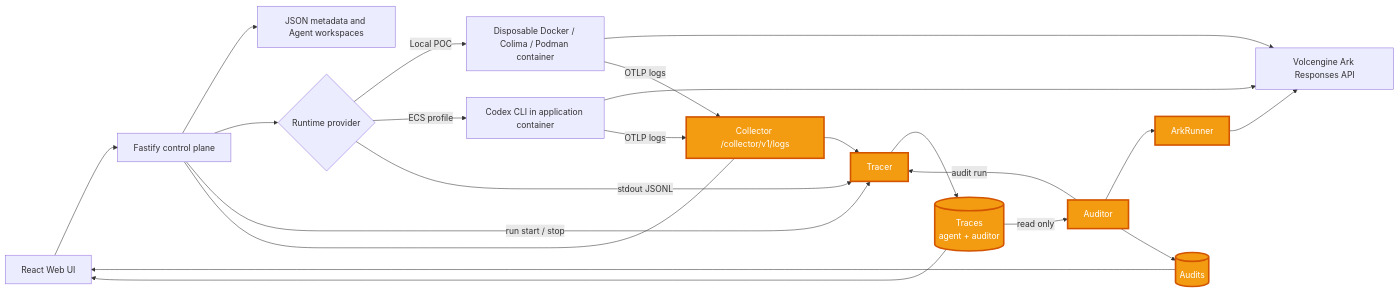
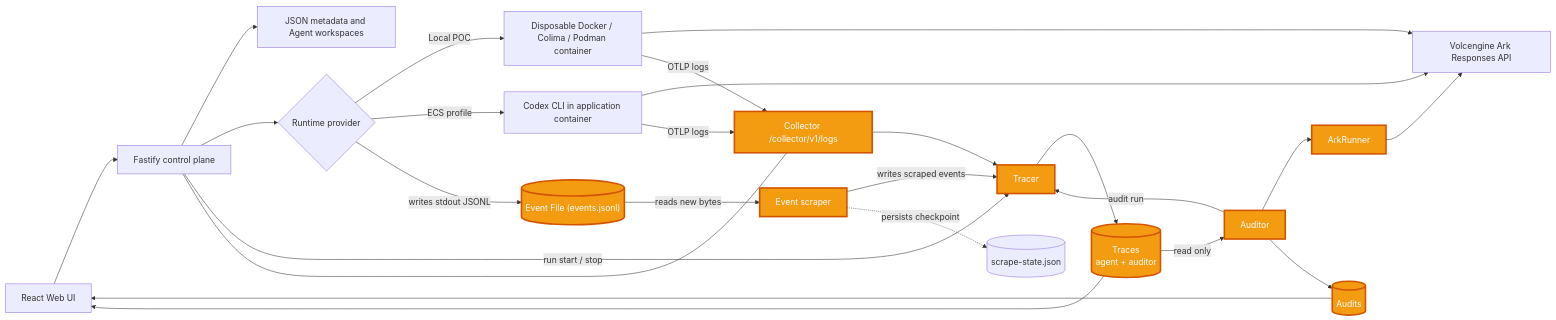
The first of 3 diagrams in README.md (Not-jovan/Monkey), drawn with Mermaid before and after one commit.

````diff
--- a/README.md
+++ b/README.md
@@ -12,31 +12,36 @@
 ```mermaid
 flowchart LR
     UI["React Web UI"] --> API["Fastify control plane"]
     API --> Store["JSON metadata and Agent workspaces"]
     API --> Runtime{"Runtime provider"}
     Runtime -->|Local POC| Container["Disposable Docker / Colima / Podman container"]
     Runtime -->|ECS profile| Codex["Codex CLI in application container"]
     Container --> Ark["Volcengine Ark Responses API"]
     Codex --> Ark
     API -->|run start / stop| Tracer["Tracer"]
-    Runtime -->|stdout JSONL| Tracer
+    Runtime -->|writes stdout JSONL| EventFile[("Event File (events.jsonl)")]
+    EventFile -->|reads new bytes| Scraper["Event scraper"]
+    Scraper -->|writes scraped events| Tracer["Tracer"]
     API --- Collector["Collector /collector/v1/logs"]
     Container -->|OTLP logs| Collector
     Codex -->|OTLP logs| Collector
     Collector --> Tracer
+    Scraper -.->|persists checkpoint| ScrapeState[("scrape-state.json")]
     Tracer --> Traces[("Traces\nagent + auditor")]
     Traces -->|read only| Auditor["Auditor"]
     Auditor --> ArkRunner["ArkRunner"]
     ArkRunner --> Ark
     Auditor -->|audit run| Tracer
     Auditor --> Audits[("Audits")]
     Traces --> UI
     Audits --> UI
 
     style Collector fill:#f39c12,stroke:#d35400,stroke-width:3px,color:#ffffff
+    style EventFile fill:#f39c12,stroke:#d35400,stroke-width:3px,color:#ffffff
+    style Scraper fill:#f39c12,stroke:#d35400,stroke-width:3px,color:#ffffff
     style Tracer fill:#f39c12,stroke:#d35400,stroke-width:3px,color:#ffffff
     style Traces fill:#f39c12,stroke:#d35400,stroke-width:3px,color:#ffffff
     style Auditor fill:#f39c12,stroke:#d35400,stroke-width:3px,color:#ffffff
     style ArkRunner fill:#f39c12,stroke:#d35400,stroke-width:3px,color:#ffffff
     style Audits fill:#f39c12,stroke:#d35400,stroke-width:3px,color:#ffffff
 ```
````
